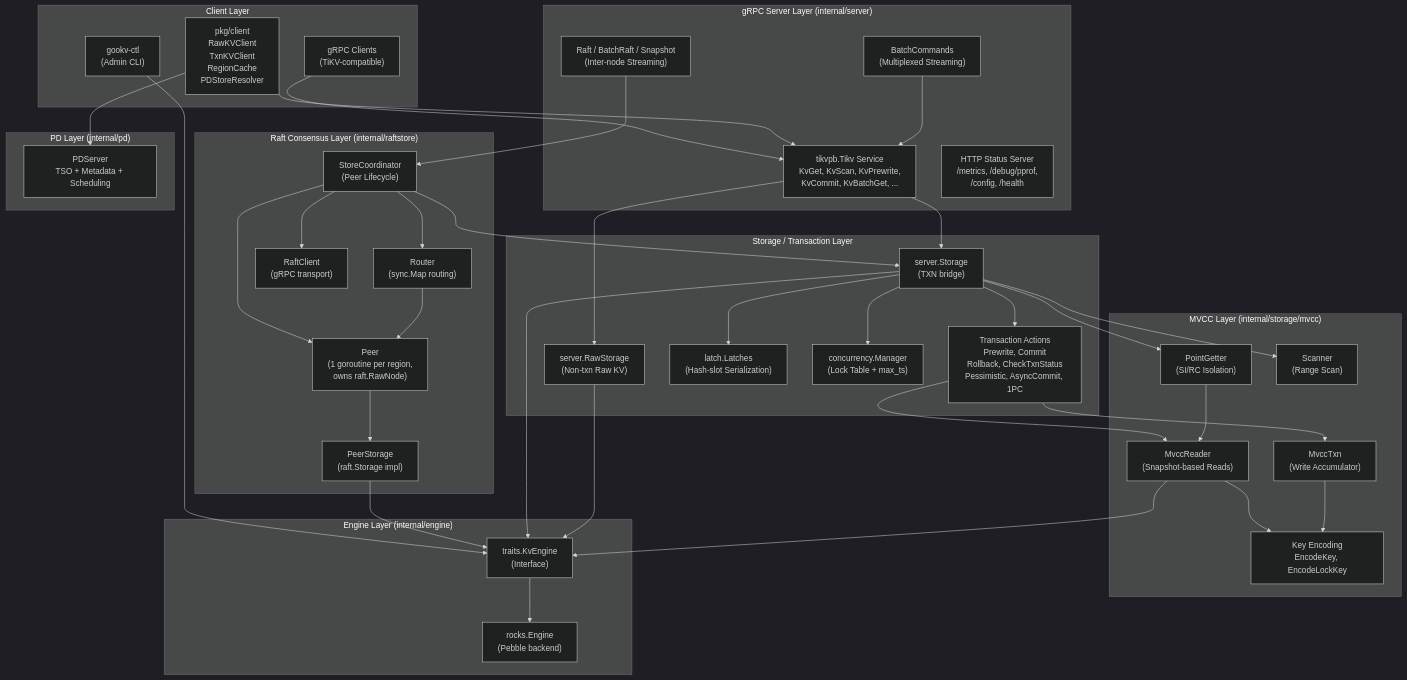
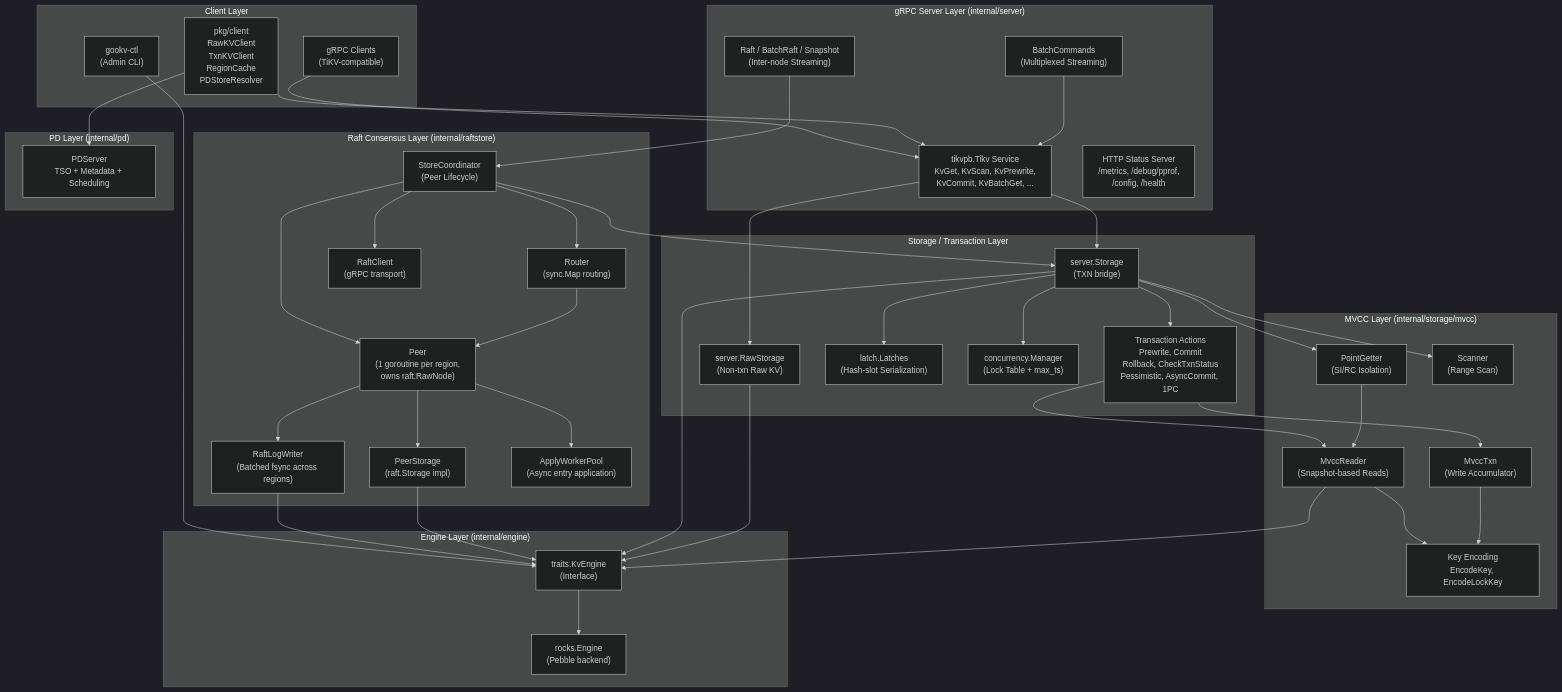
The third of 14 diagrams in gookv-design/01_architecture_overview.md (ryogrid/gookvs), drawn with Mermaid (dark theme) before and after one commit. The commit also changed other lines of this file and 17 other files, not shown here.

```diff
--- a/gookv-design/01_architecture_overview.md
+++ b/gookv-design/01_architecture_overview.md
@@ -278,6 +278,8 @@
         PEER_STORAGE["PeerStorage<br/>(raft.Storage impl)"]
         ROUTER["Router<br/>(sync.Map routing)"]
         TRANSPORT["RaftClient<br/>(gRPC transport)"]
+        RAFT_LOG_WRITER["RaftLogWriter<br/>(Batched fsync across regions)"]
+        APPLY_POOL["ApplyWorkerPool<br/>(Async entry application)"]
     end
 
     subgraph "Engine Layer (internal/engine)"
@@ -318,6 +320,9 @@
     COORD --> STORAGE
 
     PEER --> PEER_STORAGE
+    PEER --> RAFT_LOG_WRITER
+    PEER --> APPLY_POOL
+    RAFT_LOG_WRITER --> KV_ENGINE
     PEER_STORAGE --> KV_ENGINE
     ROUTER --> PEER
 
```
